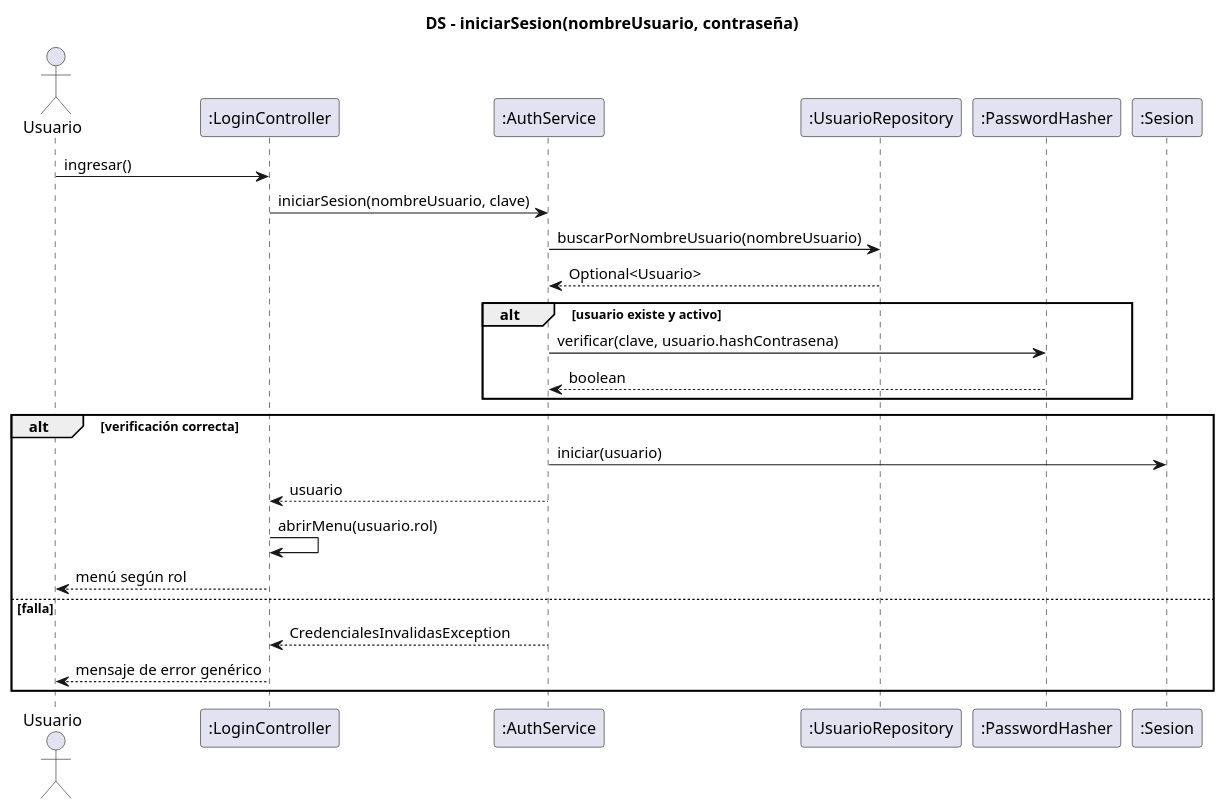
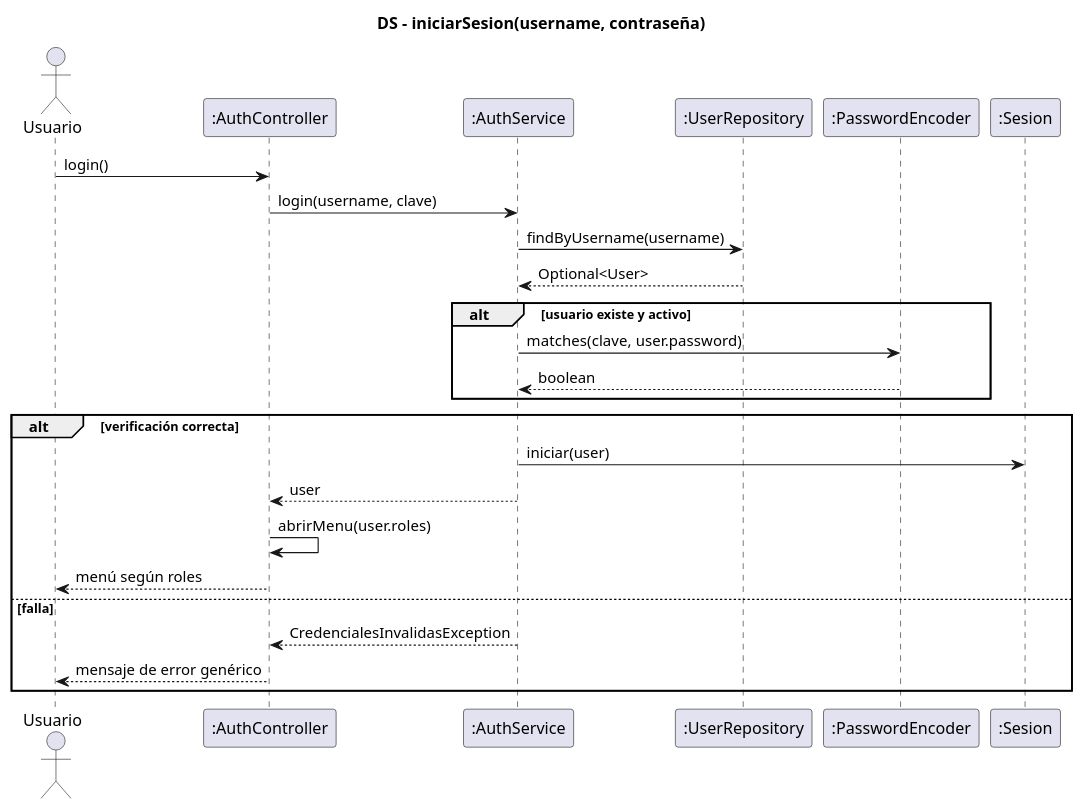
One commit to ISMAELALTHENOFER/BACKOFFICE-ACADEMICO-ITEC-N-1 changed the diagram in document/diagramas/11-ds-iniciar-sesion.puml. Above: the diagram before and after it, drawn with PlantUML. The commit also changed 41 other files, not shown here.

```diff
--- a/document/diagramas/11-ds-iniciar-sesion.puml
+++ b/document/diagramas/11-ds-iniciar-sesion.puml
@@ -1,28 +1,28 @@
 @startuml ds-iniciar-sesion
 skinparam shadowing false
-title DS - iniciarSesion(nombreUsuario, contraseña)
+title DS - iniciarSesion(username, contraseña)
 actor Usuario
-participant ":LoginController" as C
+participant ":AuthController" as C
 participant ":AuthService" as A
-participant ":UsuarioRepository" as R
-participant ":PasswordHasher" as H
+participant ":UserRepository" as R
+participant ":PasswordEncoder" as H
 participant ":Sesion" as SE
 
-Usuario -> C : ingresar()
-C -> A : iniciarSesion(nombreUsuario, clave)
-A -> R : buscarPorNombreUsuario(nombreUsuario)
-R --> A : Optional<Usuario>
+Usuario -> C : login()
+C -> A : login(username, clave)
+A -> R : findByUsername(username)
+R --> A : Optional<User>
 alt usuario existe y activo
-  A -> H : verificar(clave, usuario.hashContrasena)
+  A -> H : matches(clave, user.password)
   H --> A : boolean
 end
 alt verificación correcta
-  A -> SE : iniciar(usuario)
-  A --> C : usuario
-  C -> C : abrirMenu(usuario.rol)
-  C --> Usuario : menú según rol
+  A -> SE : iniciar(user)
+  A --> C : user
+  C -> C : abrirMenu(user.roles)
+  C --> Usuario : menú según roles
 else falla
   A --> C : CredencialesInvalidasException
   C --> Usuario : mensaje de error genérico
 end
 @enduml
```
